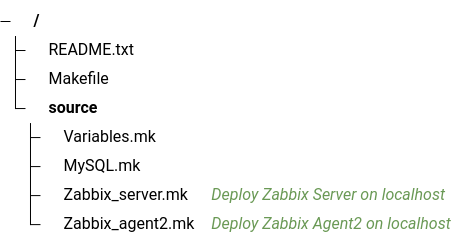
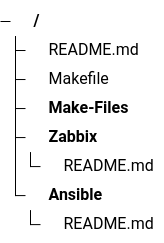
Before and after one commit to Zai4ikManiak/Cyber-Security-Study: the diagram in README.md, drawn with Mermaid.

Commit message:
modified:   README.md

````diff
--- a/README.md
+++ b/README.md
@@ -2,16 +2,16 @@
 ```mermaid
 ---
 config:
     treeView:
         showIcons: true
         defaultIconPack: material-icon-theme
 ---
 treeView-beta
-    README.txt
+    README.md
     Makefile
-    source/ 
-        Variables.mk
-        MySQL.mk
-        Zabbix_server.mk ## Deploy Zabbix Server on localhost
-        Zabbix_agent2.mk ## Deploy Zabbix Agent2 on localhost
+    Make-Files/
+    Zabbix/
+        README.md
+    Ansible/
+        README.md
 ```
````
